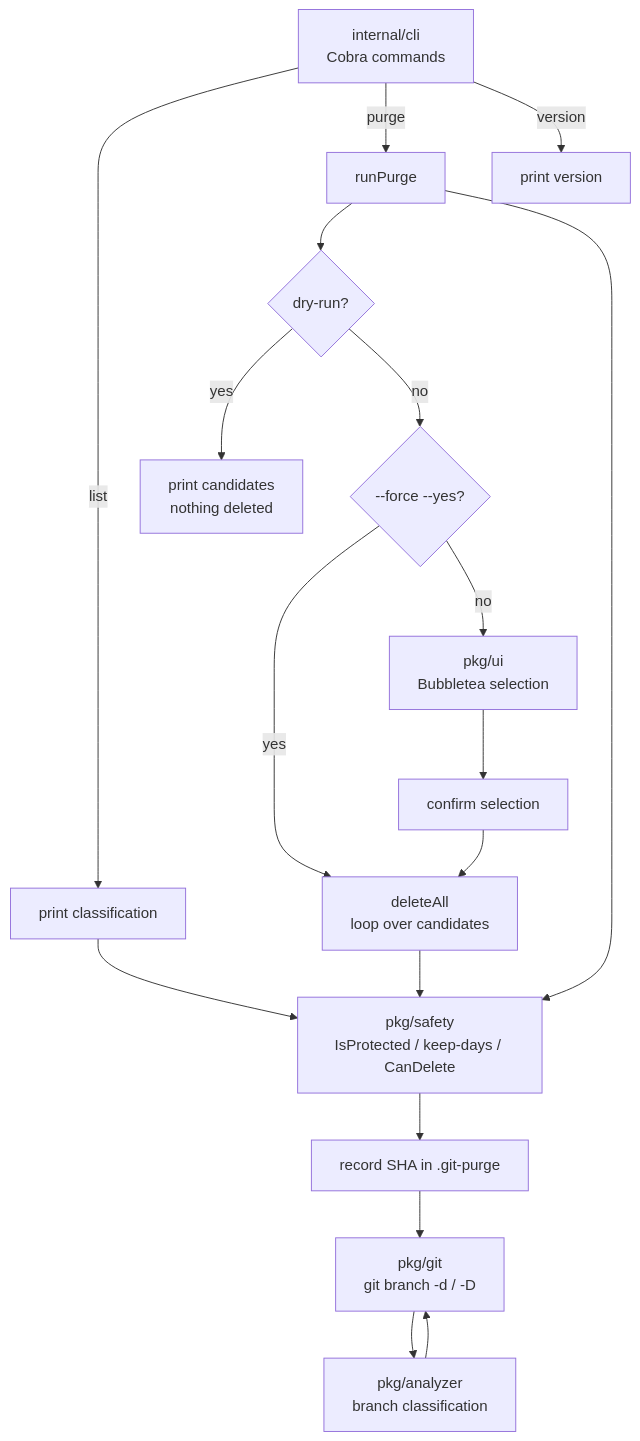
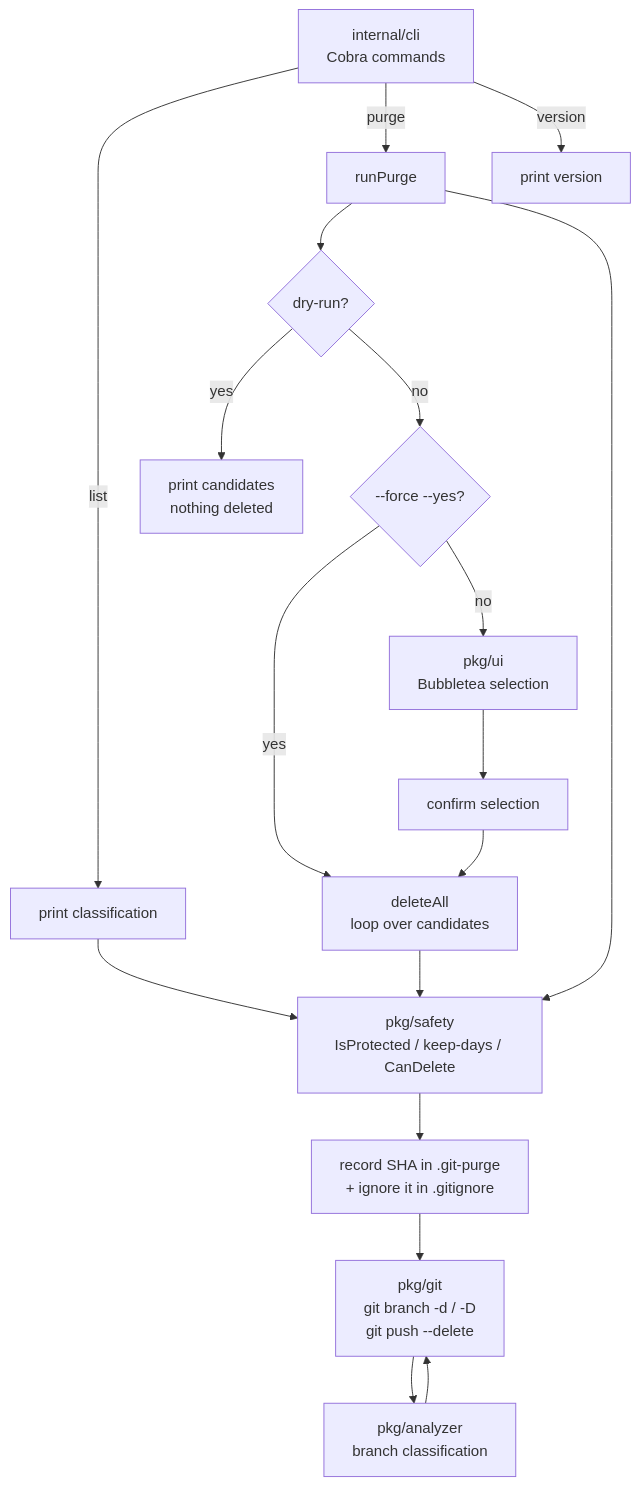
One commit to cyber-pnl/git-purge changed the second of 2 diagrams in README.md. Above: the diagram before and after it, drawn with Mermaid. The commit also changed other lines of this file, not shown here.

Commit message:
docs: refresh README for v0.2.0

````diff
--- a/README.md
+++ b/README.md
@@ -112,23 +114,23 @@
 ```mermaid
 flowchart TD
     CLI[internal/cli<br/>Cobra commands]
     CLI -->|list| LST[print classification]
     CLI -->|purge| RUN[runPurge]
     CLI -->|version| VER[print version]
 
     RUN --> DRY{dry-run?}
     DRY -- yes --> OUT[print candidates<br/>nothing deleted]
     DRY -- no --> FORCE{--force --yes?}
     FORCE -- yes --> DEL[deleteAll<br/>loop over candidates]
     FORCE -- no --> TUI[pkg/ui<br/>Bubbletea selection]
 
     TUI --> CONF[confirm selection]
     CONF --> DEL
 
     LST & RUN & DEL --> SAFETY[pkg/safety<br/>IsProtected / keep-days / CanDelete]
-    SAFETY --> REC[record SHA in .git-purge]
-    REC --> GIT[pkg/git<br/>git branch -d / -D]
+    SAFETY --> REC[record SHA in .git-purge<br/>+ ignore it in .gitignore]
+    REC --> GIT[pkg/git<br/>git branch -d / -D<br/>git push --delete]
     GIT --> CLASS[pkg/analyzer<br/>branch classification]
 
     CLASS --> GIT
 ```
````
